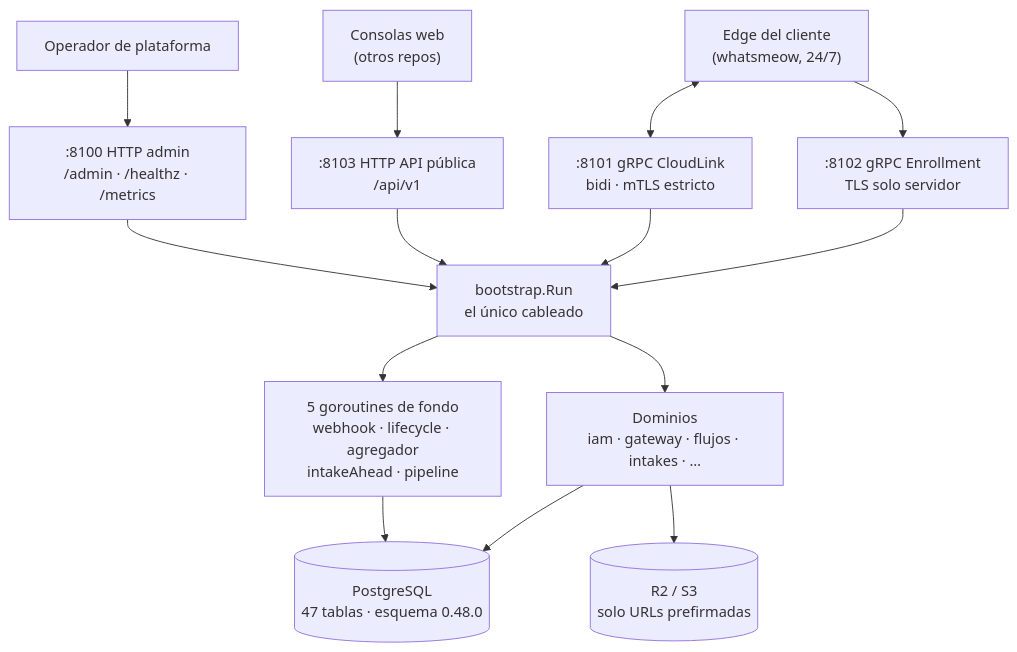
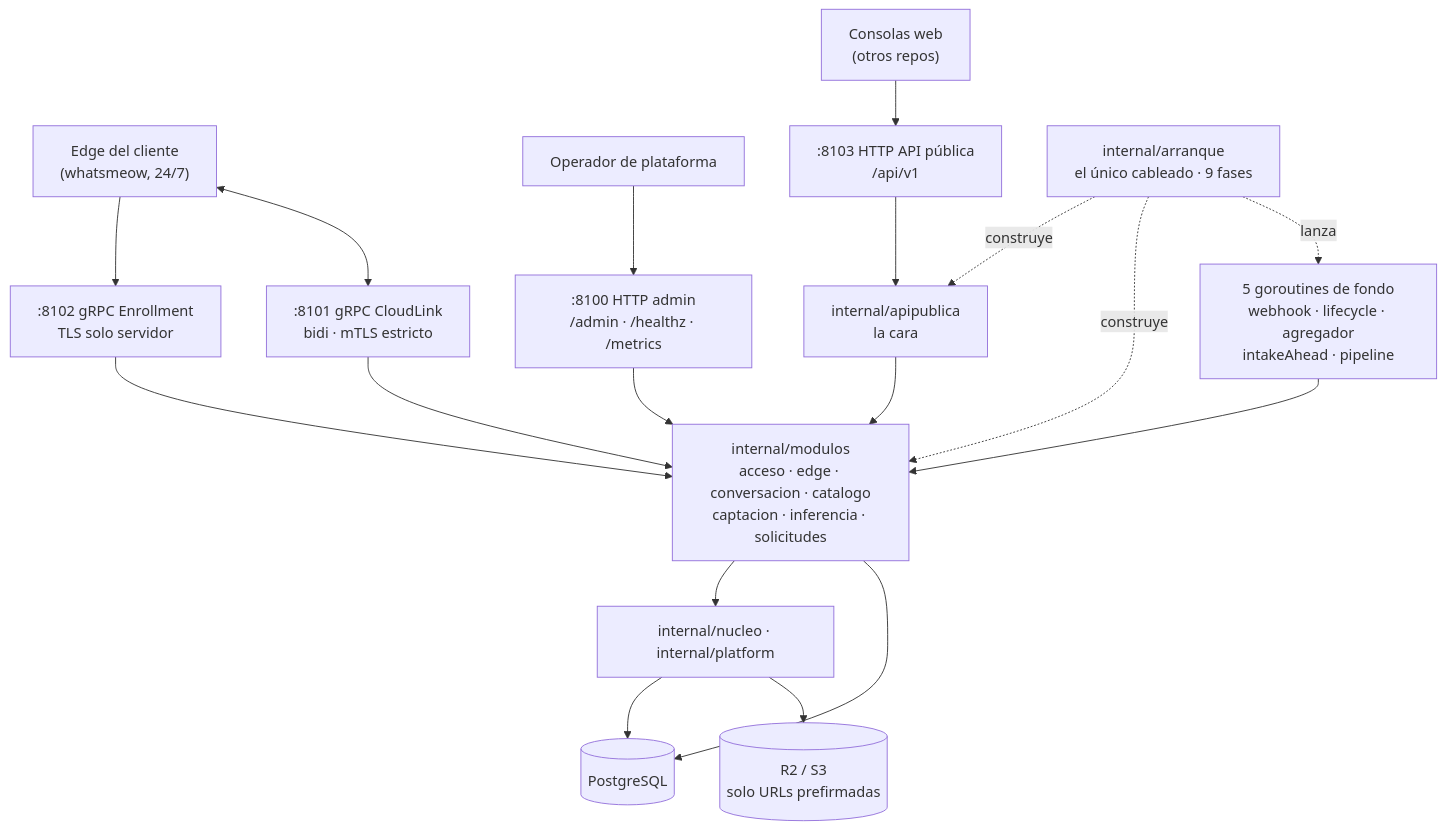
The first of 2 diagrams in documentations/arquitectura.md (EduGoGroup/wapp-cloud-platform), drawn with Mermaid before and after one commit. The commit also changed other lines of this file and 10 other files, not shown here.

````diff
--- a/documentations/arquitectura.md
+++ b/documentations/arquitectura.md
@@ -40,31 +54,37 @@
 ```mermaid
 flowchart TB
   EDGE["Edge del cliente<br/>(whatsmeow, 24/7)"]
   UI["Consolas web<br/>(otros repos)"]
   OPS["Operador de plataforma"]
 
   G8102[":8102 gRPC Enrollment<br/>TLS solo servidor"]
   G8101[":8101 gRPC CloudLink<br/>bidi · mTLS estricto"]
   H8103[":8103 HTTP API pública<br/>/api/v1"]
   H8100[":8100 HTTP admin<br/>/admin · /healthz · /metrics"]
 
-  RUN["bootstrap.Run<br/>el único cableado"]
-  DOM["Dominios<br/>iam · gateway · flujos · intakes · …"]
+  ARR["internal/arranque<br/>el único cableado · 9 fases"]
+  CARA["internal/apipublica<br/>la cara"]
+  MOD["internal/modulos<br/>acceso · edge · conversacion · catalogo<br/>captacion · inferencia · solicitudes"]
+  BASE["internal/nucleo · internal/platform"]
   BG["5 goroutines de fondo<br/>webhook · lifecycle · agregador<br/>intakeAhead · pipeline"]
-  PG[("PostgreSQL<br/>47 tablas · esquema 0.48.0")]
+  PG[("PostgreSQL")]
   R2[("R2 / S3<br/>solo URLs prefirmadas")]
 
   EDGE --> G8102
   EDGE <--> G8101
   UI --> H8103
   OPS --> H8100
-  G8102 --> RUN
-  G8101 --> RUN
-  H8103 --> RUN
-  H8100 --> RUN
-  RUN --> DOM
-  RUN --> BG
-  DOM --> PG
-  BG --> PG
-  DOM --> R2
+  H8103 --> CARA
+  CARA --> MOD
+  G8102 --> MOD
+  G8101 --> MOD
+  H8100 --> MOD
+  ARR -. construye .-> CARA
+  ARR -. construye .-> MOD
+  ARR -. lanza .-> BG
+  MOD --> BASE
+  BG --> MOD
+  BASE --> PG
+  MOD --> PG
+  BASE --> R2
 ```
````
